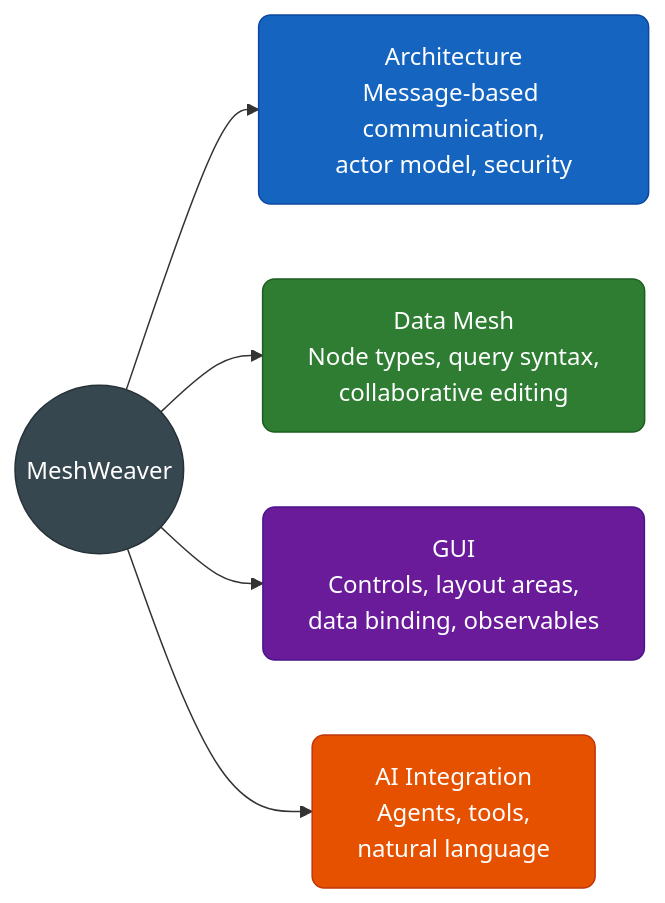
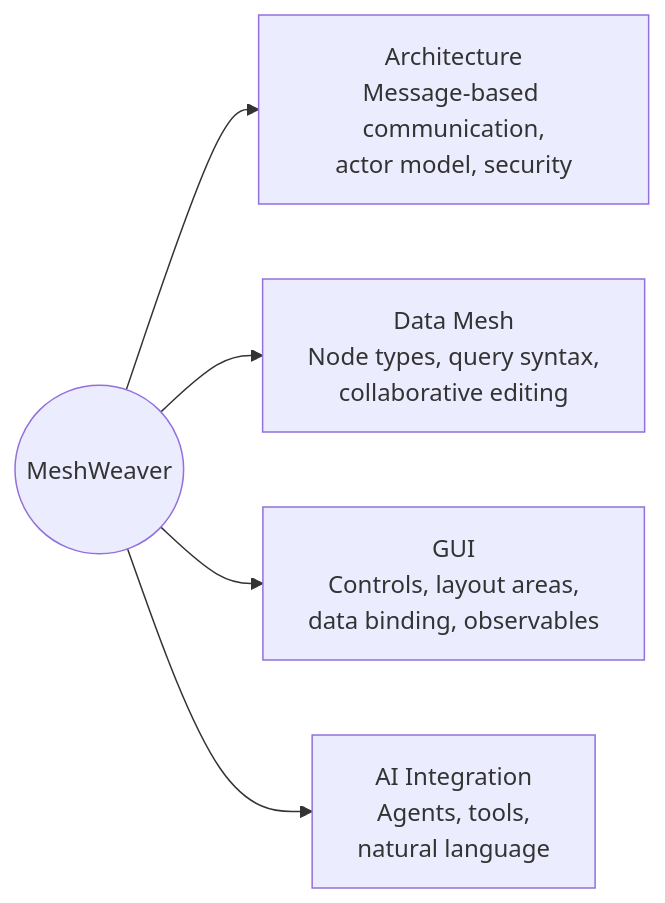
One commit to Systemorph/MeshWeaver changed the diagram in src/MeshWeaver.Documentation/Data/index.md. Above: the diagram before and after it, drawn with Mermaid. The commit also changed 44 other files, not shown here.

````diff
--- a/src/MeshWeaver.Documentation/Data/index.md
+++ b/src/MeshWeaver.Documentation/Data/index.md
@@ -18,20 +18,14 @@
 ```mermaid
 graph LR
-    classDef arch fill:#1565c0,stroke:#0d47a1,color:#fff,rx:8,ry:8
-    classDef data fill:#2e7d32,stroke:#1b5e20,color:#fff,rx:8,ry:8
-    classDef gui fill:#6a1b9a,stroke:#4a148c,color:#fff,rx:8,ry:8
-    classDef ai fill:#e65100,stroke:#bf360c,color:#fff,rx:8,ry:8
-    classDef core fill:#37474f,stroke:#263238,color:#fff,rx:12,ry:12
+    MW((MeshWeaver))
 
-    MW((MeshWeaver)):::core
-
-    MW --> ARCH["Architecture\nMessage-based communication,\nactor model, security"]:::arch
-    MW --> DM["Data Mesh\nNode types, query syntax,\ncollaborative editing"]:::data
-    MW --> GUI["GUI\nControls, layout areas,\ndata binding, observables"]:::gui
-    MW --> AI["AI Integration\nAgents, tools,\nnatural language"]:::ai
+    MW --> ARCH["Architecture\nMessage-based communication,\nactor model, security"]
+    MW --> DM["Data Mesh\nNode types, query syntax,\ncollaborative editing"]
+    MW --> GUI["GUI\nControls, layout areas,\ndata binding, observables"]
+    MW --> AI["AI Integration\nAgents, tools,\nnatural language"]
 
     click ARCH "Architecture"
     click DM "DataMesh"
     click GUI "GUI"
     click AI "AI"
 ```
````
